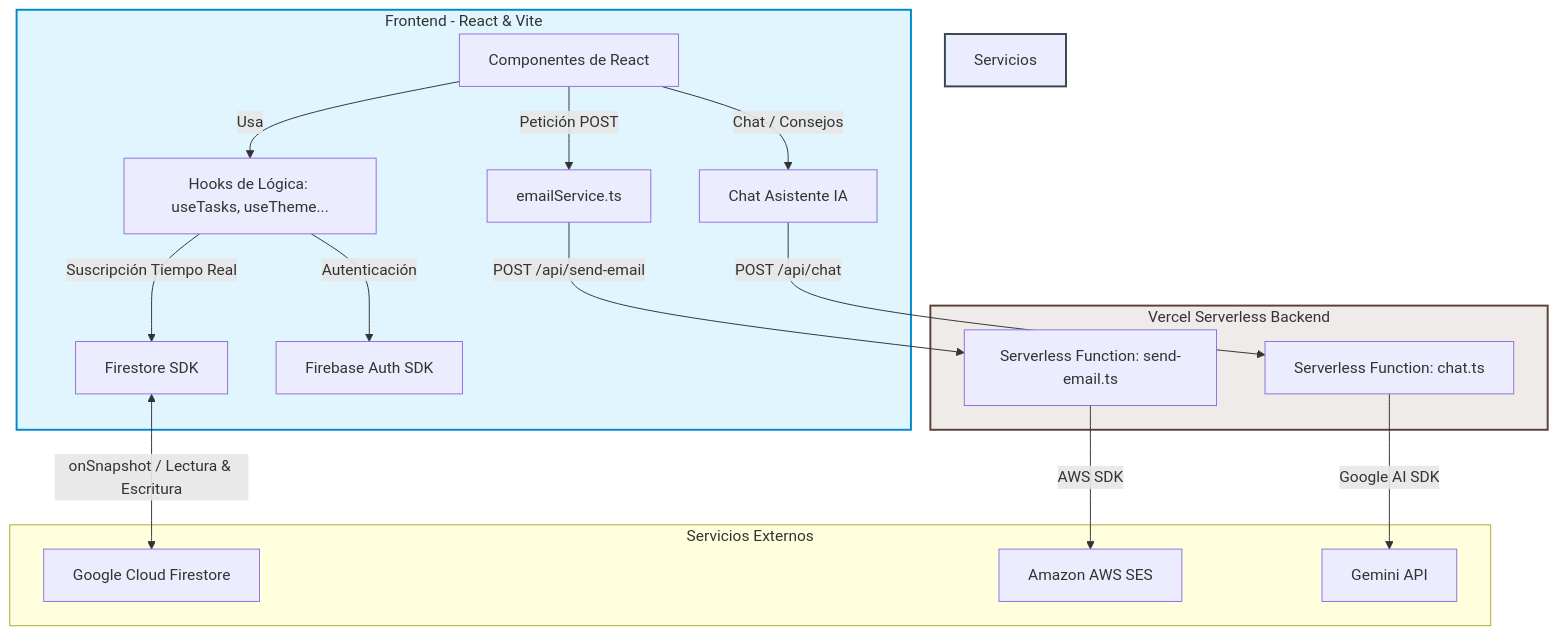
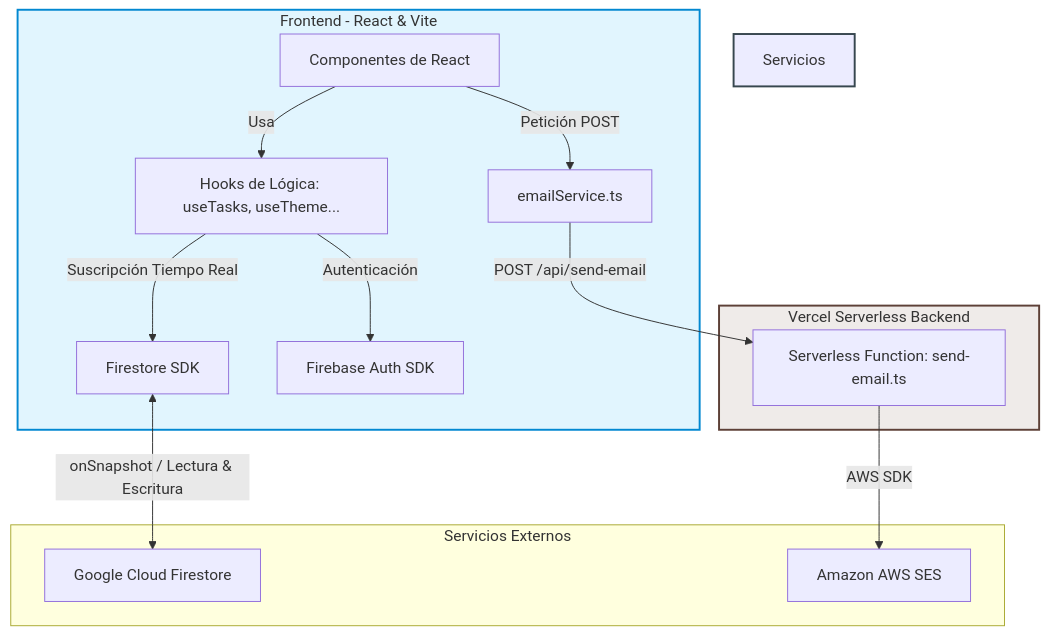
The diagram in README.md (ACPerezJulia/matecode-task-manager), drawn with Mermaid before and after one commit. The commit also changed other lines of this file, not shown here.

Commit message:
docs: elimina referencias al asistente Tyrion y documenta la decisión de descartarlo

````diff
--- a/README.md
+++ b/README.md
@@ -116,25 +111,22 @@
 ```mermaid
 graph TD
     subgraph Cliente [Frontend - React & Vite]
         UI[Componentes de React] -->|Usa| Hooks[Hooks de Lógica: useTasks, useTheme...]
         Hooks -->|Suscripción Tiempo Real| FirestoreSDK[Firestore SDK]
         Hooks -->|Autenticación| AuthSDK[Firebase Auth SDK]
         UI -->|Petición POST| EmailClient[emailService.ts]
-        UI -->|Chat / Consejos| ChatUI[Chat Asistente IA]
     end
 
     subgraph Servidor [Vercel Serverless Backend]
         EmailClient -->|POST /api/send-email| SendEmailFunc[Serverless Function: send-email.ts]
-        ChatUI -->|POST /api/chat| ChatFunc[Serverless Function: chat.ts]
     end
 
     subgraph Servicios Externos
         FirestoreSDK <-->|onSnapshot / Lectura & Escritura| Firestore[Google Cloud Firestore]
         SendEmailFunc -->|AWS SDK| SES[Amazon AWS SES]
-        ChatFunc -->|Google AI SDK| Gemini[Gemini API]
     end
 
     style Cliente fill:#e1f5fe,stroke:#0288d1,stroke-width:2px
     style Servidor fill:#efebe9,stroke:#5d4037,stroke-width:2px
     style Servicios Externos fill:#efebe9,stroke:#37474f,stroke-width:2px
 ```
````
